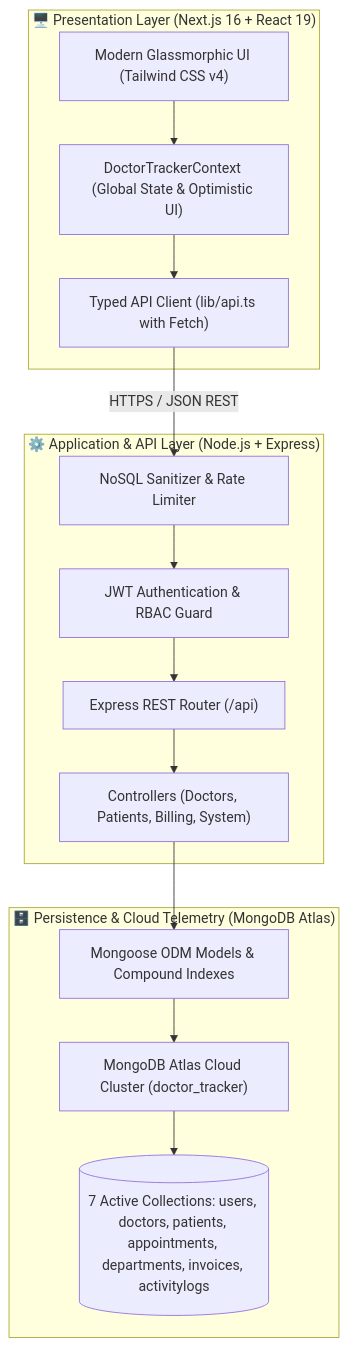
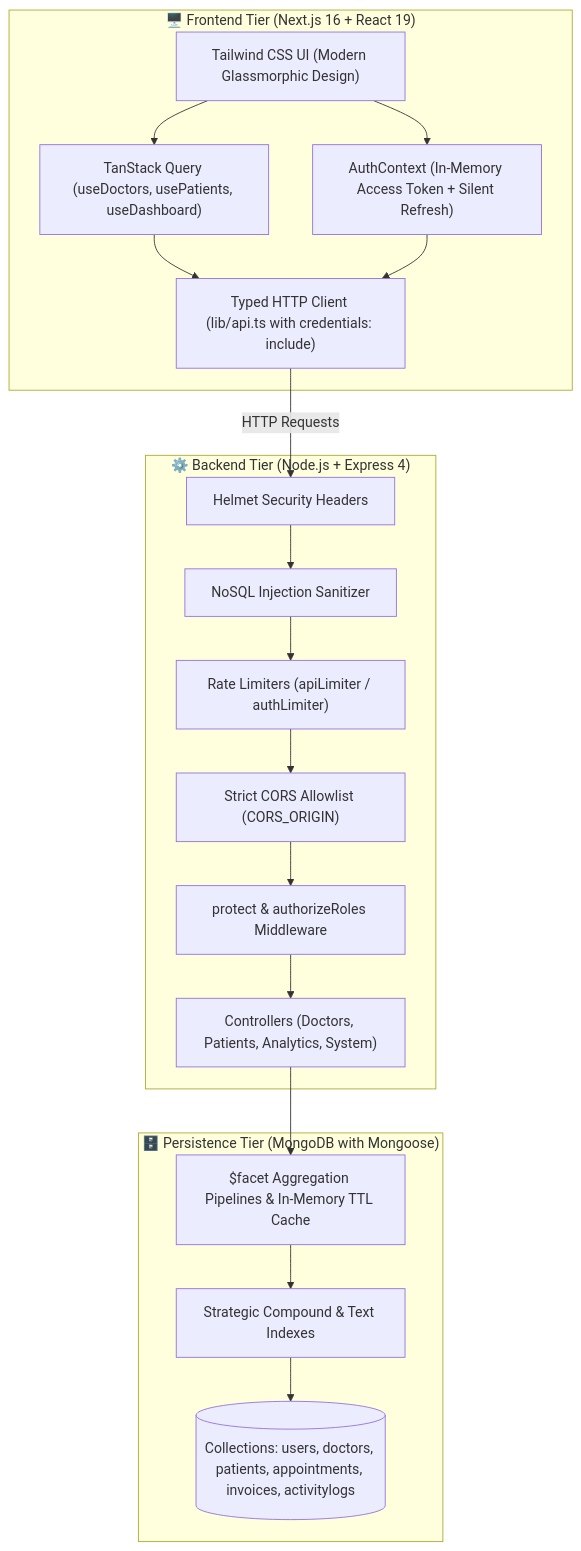
One commit to hossaintaufiq/DoctorTraker changed the diagram in README.md. Above: the diagram before and after it, drawn with Mermaid. The commit also changed other lines of this file and 1 other file, not shown here.

Commit message:
docs: complete Phase 7 - truthful documentation, setup guide, architecture diagram, explain benchmarks, and RBAC matrix

````diff
--- a/README.md
+++ b/README.md
@@ -269,32 +167,40 @@
 ```mermaid
 graph TD
-    subgraph ClientLayer["🖥️ Presentation Layer (Next.js 16 + React 19)"]
-        UI["Modern Glassmorphic UI (Tailwind CSS v4)"]
-        Context["DoctorTrackerContext (Global State & Optimistic UI)"]
-        APIClient["Typed API Client (lib/api.ts with Fetch)"]
-        UI --> Context
-        Context --> APIClient
+    subgraph Client["🖥️ Frontend Tier (Next.js 16 + React 19)"]
+        UI["Tailwind CSS UI (Modern Glassmorphic Design)"]
+        Query["TanStack Query (useDoctors, usePatients, useDashboard)"]
+        Auth["AuthContext (In-Memory Access Token + Silent Refresh)"]
+        API["Typed HTTP Client (lib/api.ts with credentials: include)"]
+        
+        UI --> Query
+        UI --> Auth
+        Query --> API
+        Auth --> API
     end
 
-    subgraph ServerLayer["⚙️ Application & API Layer (Node.js + Express)"]
-        Router["Express REST Router (/api)"]
-        AuthMiddleware["JWT Authentication & RBAC Guard"]
-        Sanitizer["NoSQL Sanitizer & Rate Limiter"]
-        Controllers["Controllers (Doctors, Patients, Billing, System)"]
+    subgraph Server["⚙️ Backend Tier (Node.js + Express 4)"]
+        Helmet["Helmet Security Headers"]
+        Sanitizer["NoSQL Injection Sanitizer"]
+        Limiter["Rate Limiters (apiLimiter / authLimiter)"]
+        Cors["Strict CORS Allowlist (CORS_ORIGIN)"]
+        AuthGuard["protect & authorizeRoles Middleware"]
+        Controllers["Controllers (Doctors, Patients, Analytics, System)"]
         
-        APIClient -->|HTTPS / JSON REST| Sanitizer
-        Sanitizer --> AuthMiddleware
-        AuthMiddleware --> Router
-        Router --> Controllers
+        API -->|HTTP Requests| Helmet
+        Helmet --> Sanitizer
+        Sanitizer --> Limiter
+        Limiter --> Cors
+        Cors --> AuthGuard
+        AuthGuard --> Controllers
     end
 
-    subgraph DataLayer["🗄️ Persistence & Cloud Telemetry (MongoDB Atlas)"]
-        Mongoose["Mongoose ODM Models & Compound Indexes"]
-        Atlas["MongoDB Atlas Cloud Cluster (doctor_tracker)"]
-        Collections[("7 Active Collections: users, doctors, patients, appointments, departments, invoices, activitylogs")]
+    subgraph Database["🗄️ Persistence Tier (MongoDB with Mongoose)"]
+        Indexes["Strategic Compound & Text Indexes"]
+        Pipelines["$facet Aggregation Pipelines & In-Memory TTL Cache"]
+        Models[("Collections: users, doctors, patients, appointments, invoices, activitylogs")]
         
-        Controllers --> Mongoose
-        Mongoose --> Atlas
-        Atlas --> Collections
+        Controllers --> Pipelines
+        Pipelines --> Indexes
+        Indexes --> Models
     end
 ```
````
